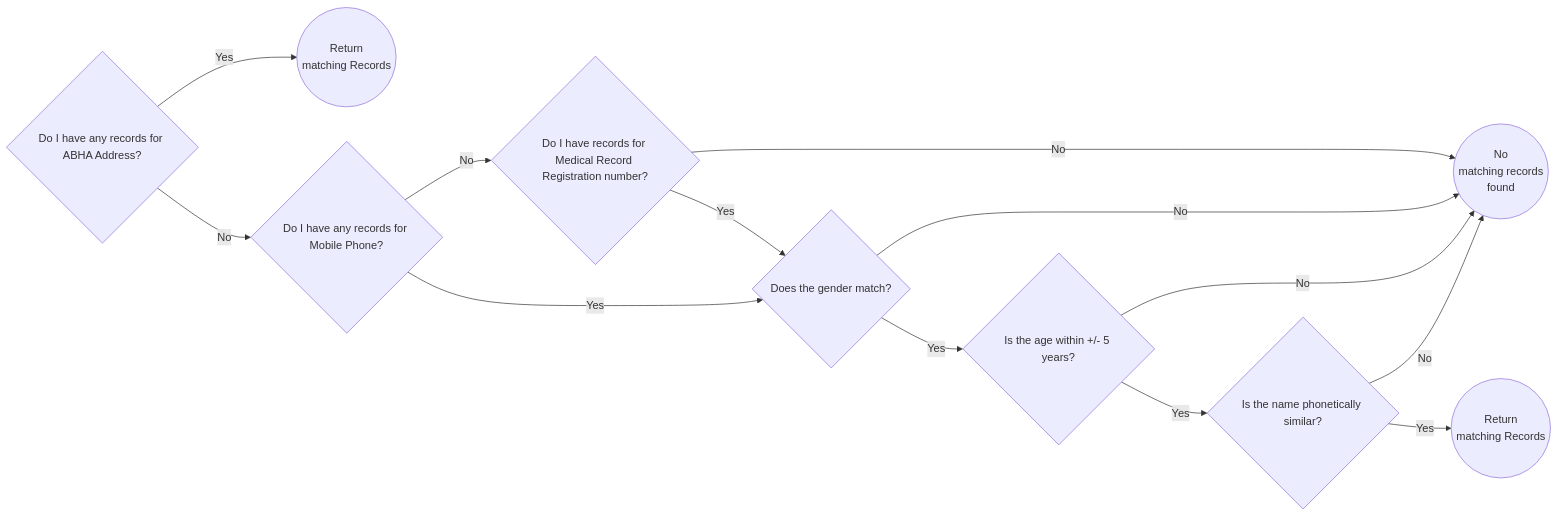
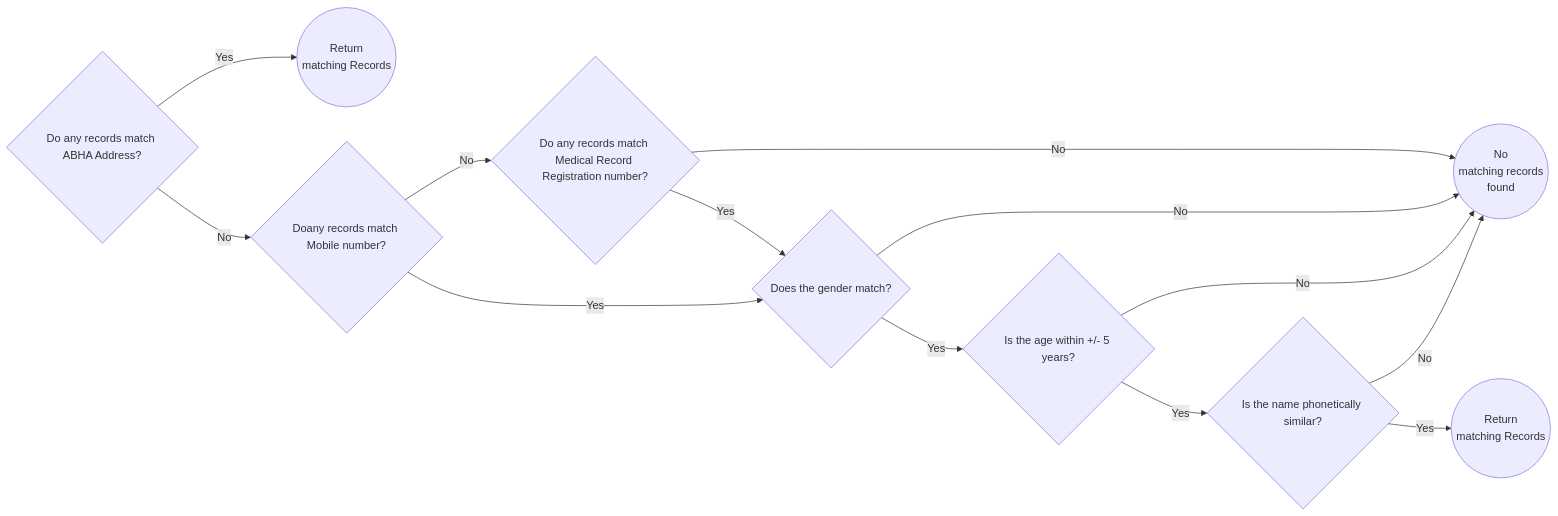
One commit to kiranma72/abdm-docs changed the first of 3 diagrams in content/3-milestone2/link-care-context/discovery-link.md. Above: the diagram before and after it, drawn with Mermaid. The commit also changed other lines of this file, not shown here.

```diff
--- a/content/3-milestone2/link-care-context/discovery-link.md
+++ b/content/3-milestone2/link-care-context/discovery-link.md
@@ -39,16 +29,16 @@
 {{< mermaid >}}
 %%{init:{"fontSize": "1.0rem", sequence":{"showSequenceNumbers":true}}}%%
 flowchart LR
 id1 -->|Yes| id5((Return<br/>matching Records))
-id1{Do I have any records for ABHA Address?} -->|No| id2{Do I have any records for Mobile Phone?}
-id2 --> |No| id9{Do I have records for <br/>Medical Record Registration number?}
+id1{Do any records match ABHA Address?} -->|No| id2{Doany records match Mobile number?}
+id2 --> |No| id9{Do any records match <br/>Medical Record Registration number?}
 id9 --> |Yes|id3
 id9 --> |No|id4((No<br/>matching records<br/>found))
 id2 -->|Yes| id3{Does the gender match?}
 id3 --> |No| id4
 id3 -->|Yes| id6{Is the age within +/- 5 years?}
 id6 --> |No| id4
 id6 --> |Yes| id7{Is the name phonetically similar?}
 id7 --> |No| id4
 id7 --> |Yes| id8((Return<br/>matching Records))
 {{< /mermaid >}}
```
